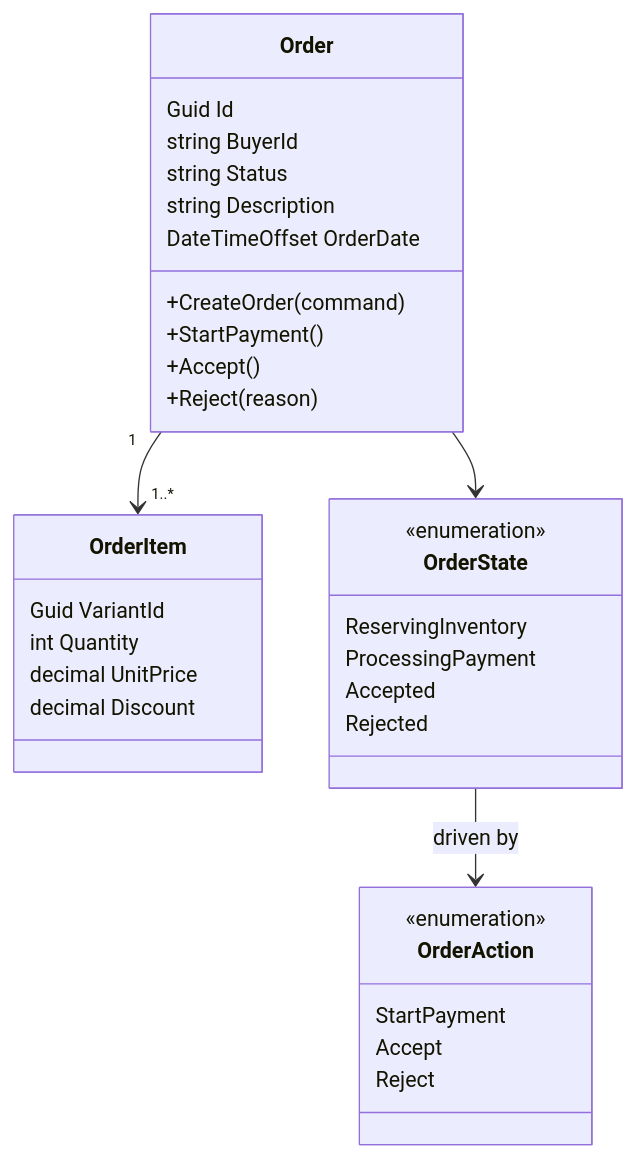
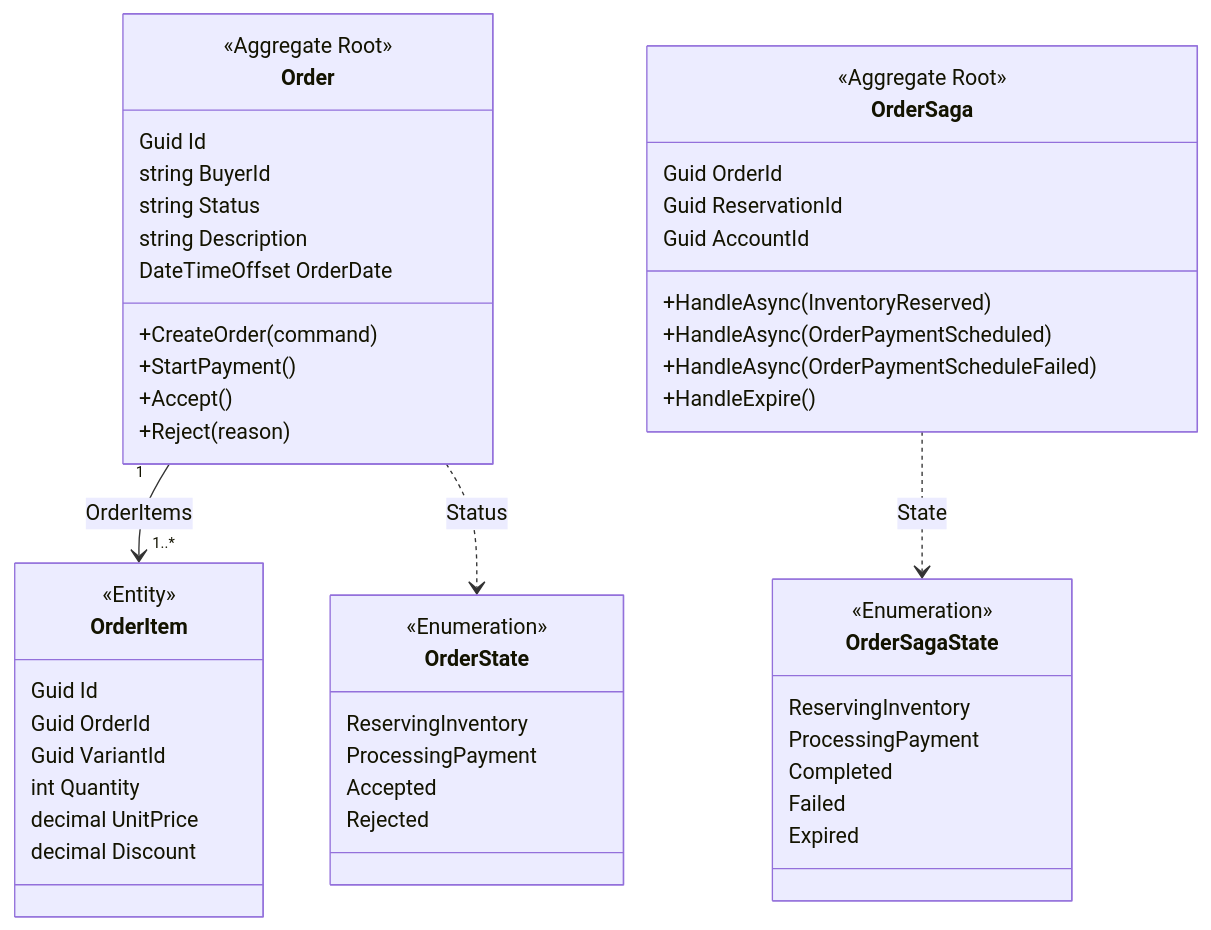
One commit to mnnam1302/EShop changed the eighth of 17 diagrams in Order/src/EShop.Order.API/README.md. Above: the diagram before and after it, drawn with Mermaid. The commit also changed other lines of this file and 105 other files, not shown here.

First line of the commit message:
[EShop-2606] Introduce Finance service + Place-Order saga payment step (#71)

````diff
--- a/Order/src/EShop.Order.API/README.md
+++ b/Order/src/EShop.Order.API/README.md
@@ -123,40 +236,53 @@
 ```mermaid
 classDiagram
     class Order {
+        <<Aggregate Root>>
         Guid Id
         string BuyerId
         string Status
         string Description
         DateTimeOffset OrderDate
         +CreateOrder(command)
         +StartPayment()
         +Accept()
         +Reject(reason)
     }
-
     class OrderItem {
+        <<Entity>>
+        Guid Id
+        Guid OrderId
         Guid VariantId
         int Quantity
         decimal UnitPrice
         decimal Discount
     }
-
+    class OrderSaga {
+        <<Aggregate Root>>
+        Guid OrderId
+        Guid ReservationId
+        Guid AccountId
+        +HandleAsync(InventoryReserved)
+        +HandleAsync(OrderPaymentScheduled)
+        +HandleAsync(OrderPaymentScheduleFailed)
+        +HandleExpire()
+    }
     class OrderState {
-        <<enumeration>>
+        <<Enumeration>>
         ReservingInventory
         ProcessingPayment
         Accepted
         Rejected
     }
-
-    class OrderAction {
-        <<enumeration>>
-        StartPayment
-        Accept
-        Reject
+    class OrderSagaState {
+        <<Enumeration>>
+        ReservingInventory
+        ProcessingPayment
+        Completed
+        Failed
+        Expired
     }
 
-    Order "1" --> "1..*" OrderItem
-    Order --> OrderState
-    OrderState --> OrderAction : driven by
+    Order "1" --> "1..*" OrderItem : OrderItems
+    Order ..> OrderState : Status
+    OrderSaga ..> OrderSagaState : State
 ```
````
